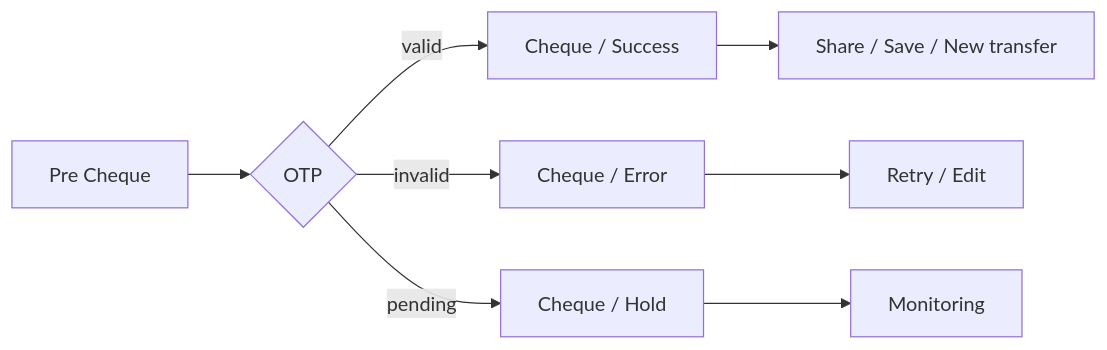
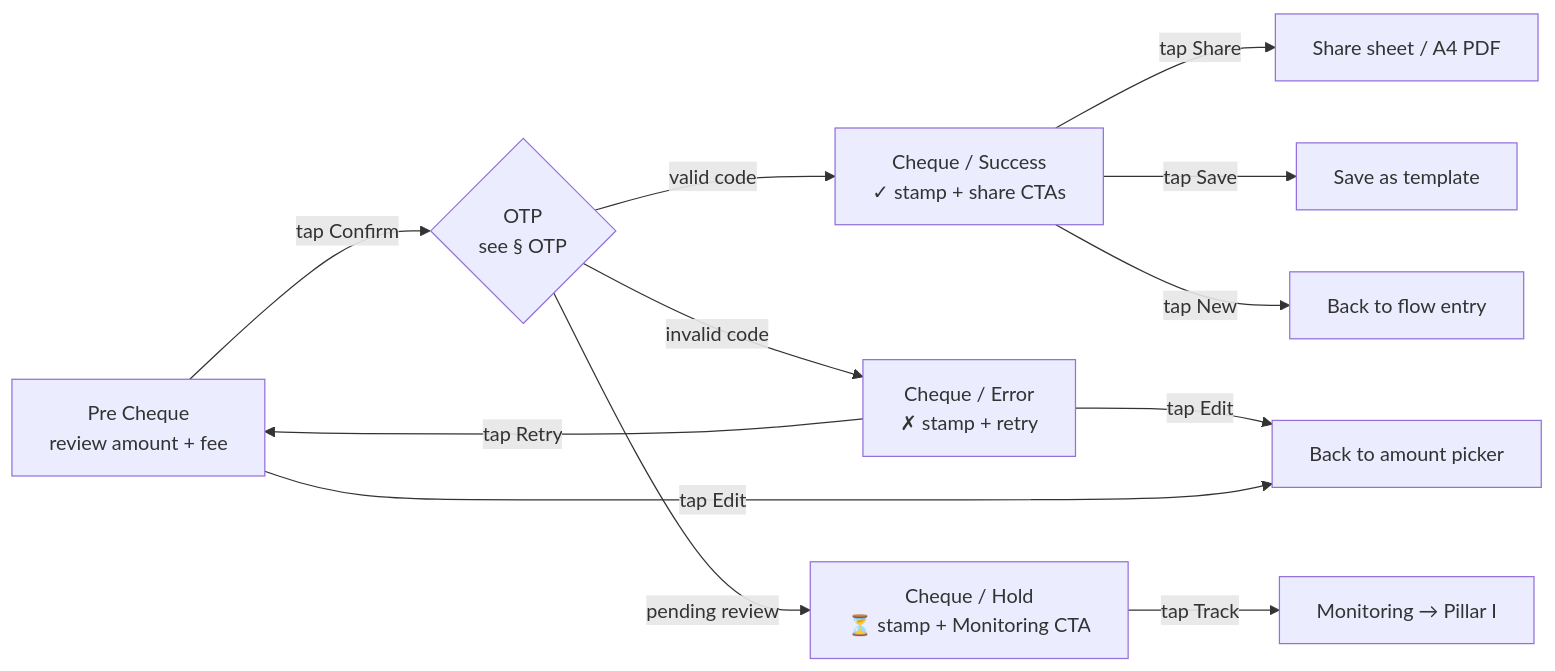
Before and after one commit to SardorAllaberganov/UI-Projects: the second of 4 diagrams in Unired/User_flows/00_Shared_flows.md, drawn with Mermaid. The commit also changed other lines of this file and 10 other files, not shown here.

First line of the commit message:
Expand Unired user-flow docs with detailed steps

````diff
--- a/Unired/User_flows/00_Shared_flows.md
+++ b/Unired/User_flows/00_Shared_flows.md
@@ -102,10 +147,14 @@
 ```mermaid
 flowchart LR
-    Confirm[Pre Cheque] --> OTP{OTP}
-    OTP -->|valid| Success[Cheque / Success]
-    OTP -->|invalid| Error[Cheque / Error]
-    OTP -->|pending| Hold[Cheque / Hold]
-    Success --> Share[Share / Save / New transfer]
-    Hold --> Mon[Monitoring]
-    Error --> Retry[Retry / Edit]
+    Confirm[Pre Cheque<br/>review amount + fee] -->|tap Confirm| OTP{OTP<br/>see § OTP}
+    OTP -->|valid code| Success[Cheque / Success<br/>✓ stamp + share CTAs]
+    OTP -->|invalid code| Error[Cheque / Error<br/>✗ stamp + retry]
+    OTP -->|pending review| Hold[Cheque / Hold<br/>⏳ stamp + Monitoring CTA]
+    Success -->|tap Share| Share[Share sheet / A4 PDF]
+    Success -->|tap Save| Save[Save as template]
+    Success -->|tap New| Restart[Back to flow entry]
+    Hold -->|tap Track| Mon[Monitoring → Pillar I]
+    Error -->|tap Retry| Confirm
+    Error -->|tap Edit| Back[Back to amount picker]
+    Confirm -->|tap Edit| Back
 ```
````
